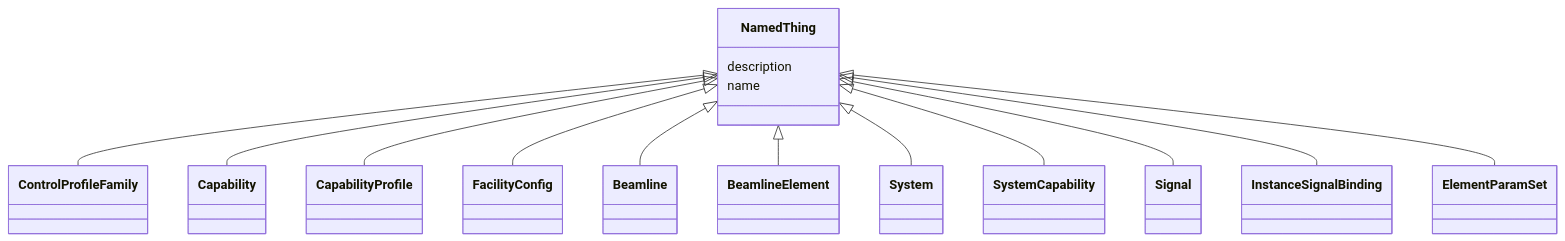
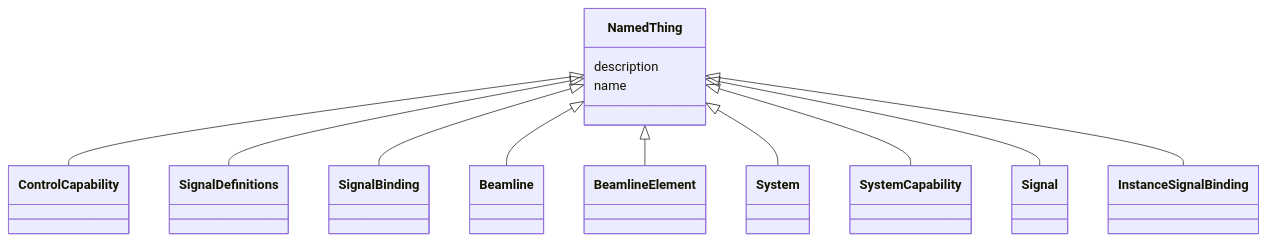
The diagram in docs_narad/NamedThing.md (pals-project/pals-facility-config), drawn with Mermaid before and after one commit. The commit also changed other lines of this file and 126 other files, not shown here.

````diff
--- a/docs_narad/NamedThing.md
+++ b/docs_narad/NamedThing.md
@@ -20,33 +20,29 @@
 ```mermaid
  classDiagram
     class NamedThing
     click NamedThing href "../NamedThing/"
-      NamedThing <|-- ControlProfileFamily
-        click ControlProfileFamily href "../ControlProfileFamily/"
-      NamedThing <|-- Capability
-        click Capability href "../Capability/"
-      NamedThing <|-- CapabilityProfile
-        click CapabilityProfile href "../CapabilityProfile/"
-      NamedThing <|-- FacilityConfig
-        click FacilityConfig href "../FacilityConfig/"
+      NamedThing <|-- ControlCapability
+        click ControlCapability href "../ControlCapability/"
+      NamedThing <|-- SignalDefinitions
+        click SignalDefinitions href "../SignalDefinitions/"
+      NamedThing <|-- SignalBinding
+        click SignalBinding href "../SignalBinding/"
       NamedThing <|-- Beamline
         click Beamline href "../Beamline/"
       NamedThing <|-- BeamlineElement
         click BeamlineElement href "../BeamlineElement/"
       NamedThing <|-- System
         click System href "../System/"
       NamedThing <|-- SystemCapability
         click SystemCapability href "../SystemCapability/"
       NamedThing <|-- Signal
         click Signal href "../Signal/"
       NamedThing <|-- InstanceSignalBinding
         click InstanceSignalBinding href "../InstanceSignalBinding/"
-      NamedThing <|-- ElementParamSet
-        click ElementParamSet href "../ElementParamSet/"
       
       NamedThing : description
         
       NamedThing : name
         
       
 ```
````
